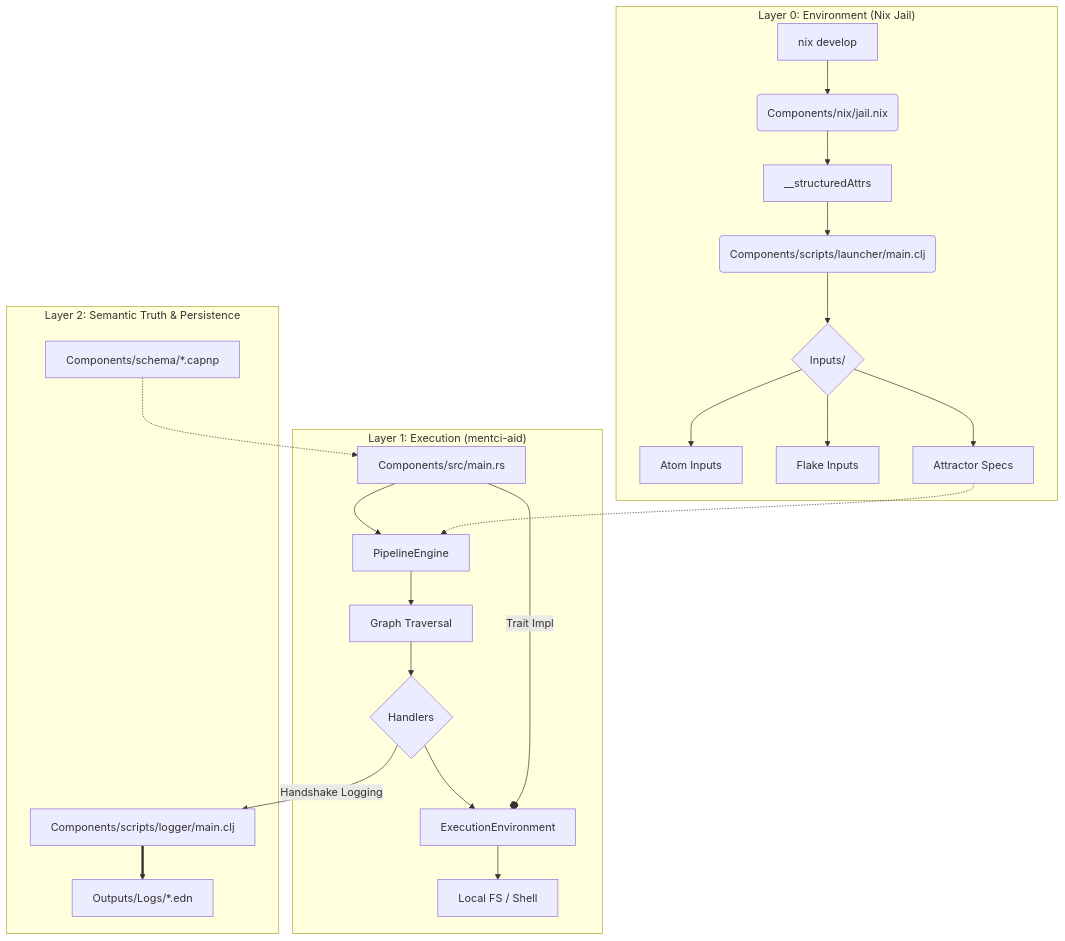
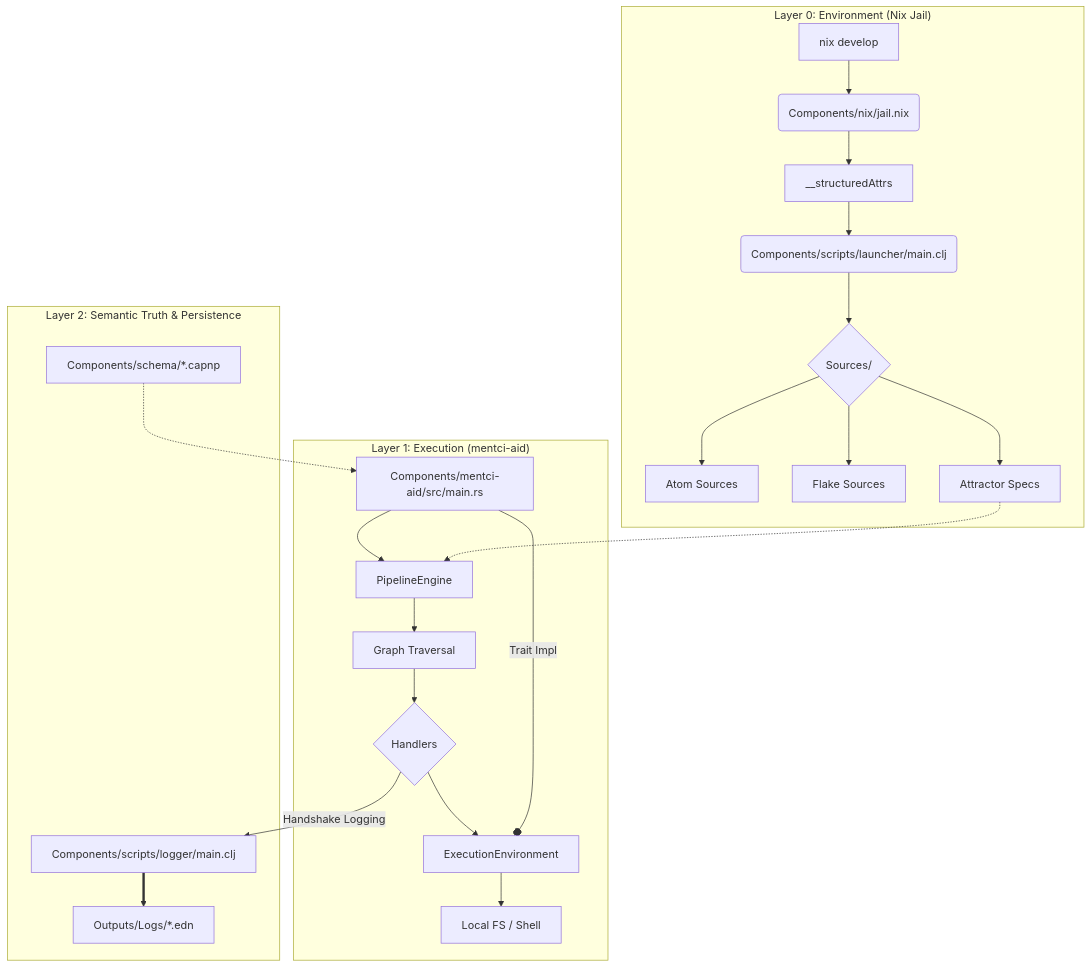
One commit to LiGoldragon/Mentci-AI changed the diagram in Library/architecture/ARCHITECTURE.md. Above: the diagram before and after it, drawn with Mermaid. The commit also changed other lines of this file and 281 other files, not shown here.

````diff
--- a/Library/architecture/ARCHITECTURE.md
+++ b/Library/architecture/ARCHITECTURE.md
@@ -5,29 +5,29 @@
 ```mermaid
 graph TD
     subgraph "Layer 0: Environment (Nix Jail)"
         A[nix develop] --> B(Components/nix/jail.nix)
         B --> C[__structuredAttrs]
         C --> D(Components/scripts/launcher/main.clj)
-        D --> E{Inputs/}
-        E --> E1[Atom Inputs]
-        E --> E2[Flake Inputs]
+        D --> E{Sources/}
+        E --> E1[Atom Sources]
+        E --> E2[Flake Sources]
         E --> E3[Attractor Specs]
     end
 
     subgraph "Layer 1: Execution (mentci-aid)"
-        F[Components/src/main.rs] --> G[PipelineEngine]
+        F[Components/mentci-aid/src/main.rs] --> G[PipelineEngine]
         G --> H[Graph Traversal]
         H --> I{Handlers}
         I --> J[ExecutionEnvironment]
         J --> K[Local FS / Shell]
     end
 
     subgraph "Layer 2: Semantic Truth & Persistence"
         L[Components/schema/*.capnp] -.-> F
         M[Components/scripts/logger/main.clj] ==> N[Outputs/Logs/*.edn]
         I -- Handshake Logging --> M
     end
 
     E3 -.-> G
     F -- Trait Impl --o J
 ```
````
